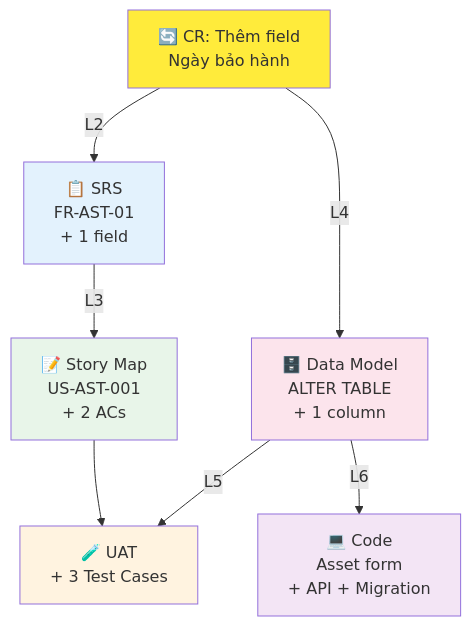
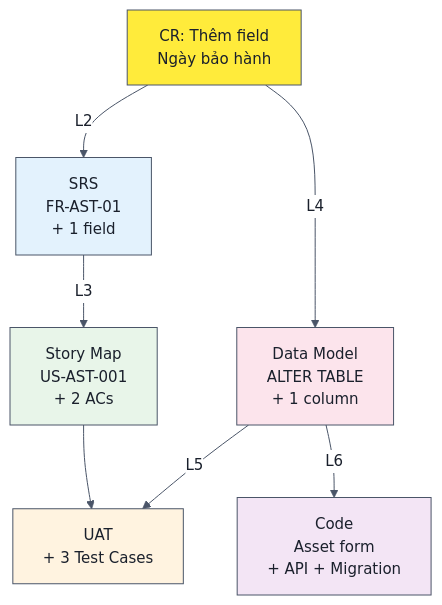
One commit to sonbui31/BA-studies changed the first of 2 diagrams in BA-agent/BA-document-rule/core/impact-analysis-guide.md. Above: the diagram before and after it, drawn with Mermaid. The commit also changed other lines of this file and 97 other files, not shown here.

First line of the commit message:
Add diagram linting and rendering tools with tests

````diff
--- a/BA-agent/BA-document-rule/core/impact-analysis-guide.md
+++ b/BA-agent/BA-document-rule/core/impact-analysis-guide.md
@@ -74,16 +74,17 @@
 ```mermaid
+%%{init: {"theme": "base", "fontFamily": "Arial, Helvetica, sans-serif", "themeVariables": {"fontSize": "15px", "primaryColor": "#FFFFFF", "primaryBorderColor": "#4A5568", "primaryTextColor": "#1A202C", "lineColor": "#4A5568", "secondaryColor": "#F7FAFC", "tertiaryColor": "#F7FAFC", "clusterBkg": "#F7FAFC", "clusterBorder": "#A0AEC0", "edgeLabelBackground": "#FFFFFF", "actorBkg": "#EBF8FF", "actorBorder": "#2B6CB0", "noteBkgColor": "#FFF8E1", "noteBorderColor": "#B7791F"}}}%%
 graph TD
-    CR["🔄 CR: Thêm field\nNgày bảo hành"] -->|"L2"| SRS["📋 SRS\nFR-AST-01\n+ 1 field"]
-    CR -->|"L4"| DM["🗄️ Data Model\nALTER TABLE\n+ 1 column"]
-    SRS -->|"L3"| USM["📝 Story Map\nUS-AST-001\n+ 2 ACs"]
-    DM -->|"L5"| UAT["🧪 UAT\n+ 3 Test Cases"]
-    DM -->|"L6"| CODE["💻 Code\nAsset form\n+ API + Migration"]
+    CR["CR: Thêm field<br/>Ngày bảo hành"] -->|"L2"| SRS["SRS<br/>FR-AST-01<br/>+ 1 field"]
+    CR -->|"L4"| DM["Data Model<br/>ALTER TABLE<br/>+ 1 column"]
+    SRS -->|"L3"| USM["Story Map<br/>US-AST-001<br/>+ 2 ACs"]
+    DM -->|"L5"| UAT["UAT<br/>+ 3 Test Cases"]
+    DM -->|"L6"| CODE["Code<br/>Asset form<br/>+ API + Migration"]
     USM --> UAT
     
     style CR fill:#ffeb3b
     style SRS fill:#e3f2fd
     style DM fill:#fce4ec
     style USM fill:#e8f5e9
     style UAT fill:#fff3e0
     style CODE fill:#f3e5f5
 ```
````
